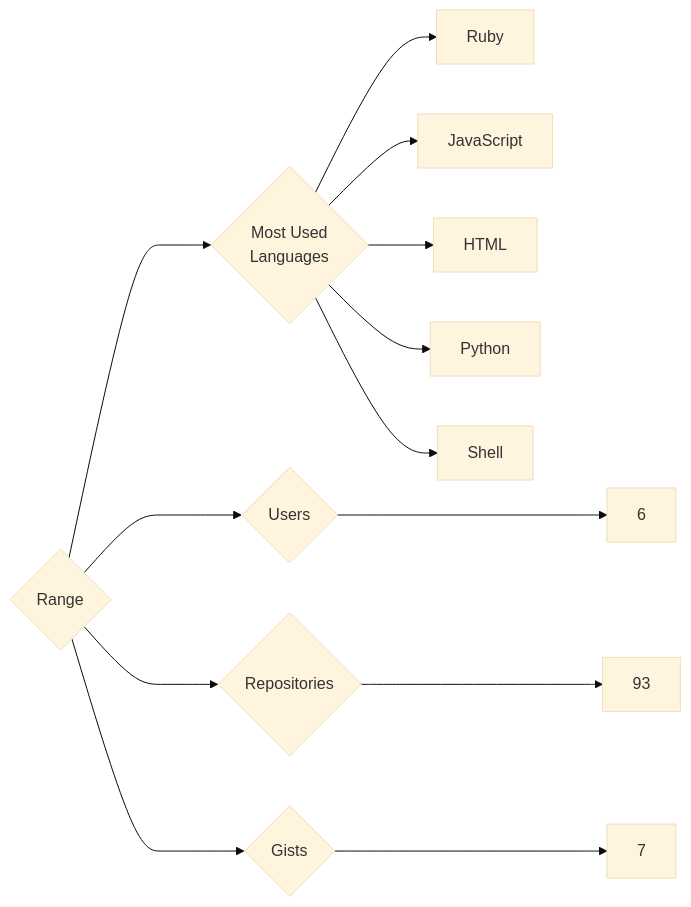
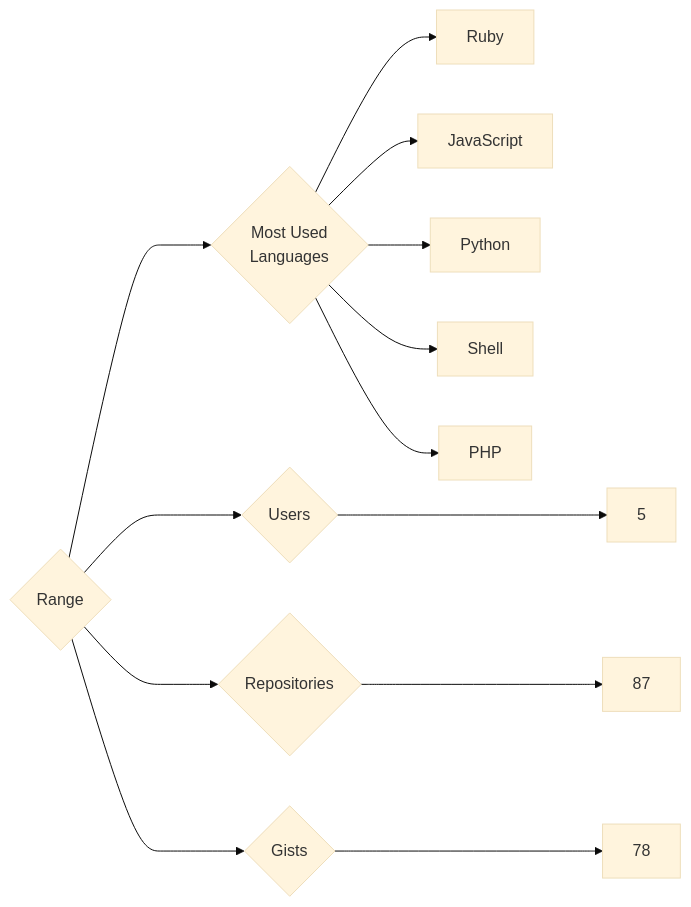
The diagram in targets/Range/README.md (trickest/insiders), drawn with Mermaid (base theme) before and after one commit. The commit also changed 1389 other files, not shown here.

````diff
--- a/targets/Range/README.md
+++ b/targets/Range/README.md
@@ -3,13 +3,13 @@
 ```mermaid
 graph LR
 COMPANY_NAME{Range}
-COMPANY_NAME ---> U{Users} ---> UN[6]
-COMPANY_NAME ---> R{Repositories} ---> RN[93]
-COMPANY_NAME ---> G{Gists} ---> GN[7]
+COMPANY_NAME ---> U{Users} ---> UN[5]
+COMPANY_NAME ---> R{Repositories} ---> RN[87]
+COMPANY_NAME ---> G{Gists} ---> GN[78]
 COMPANY_NAME ---> ML{Most Used<br>Languages}
 ML --> Ruby[Ruby]
 ML --> JavaScript[JavaScript]
-ML --> HTML[HTML]
 ML --> Python[Python]
 ML --> Shell[Shell]
+ML --> PHP[PHP]
 ```
````
